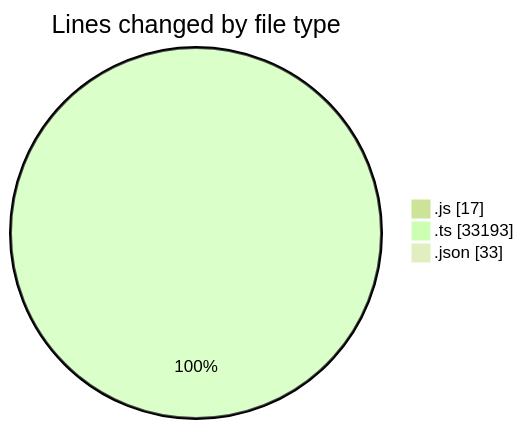
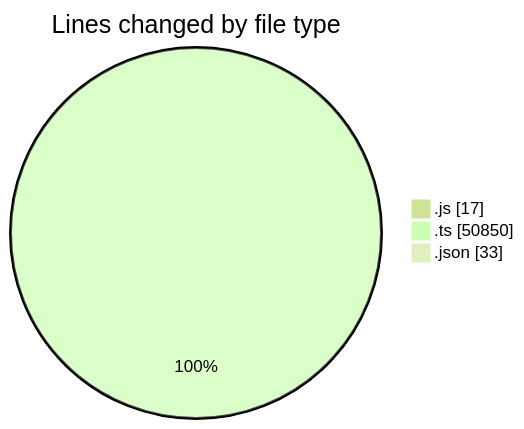
Before and after one commit to momahboobian/code-tracking: the first of 2 diagrams in 2026-07-27/cda/README.md, drawn with Mermaid (forest theme). The commit also changed other lines of this file and 1 other file, not shown here.

````diff
--- a/2026-07-27/cda/README.md
+++ b/2026-07-27/cda/README.md
@@ -30,7 +30,7 @@
 ```mermaid
 pie showData
 title Lines changed by file type
 ".js" : 17
-".ts" : 33193
+".ts" : 50850
 ".json" : 33
 ```
````
